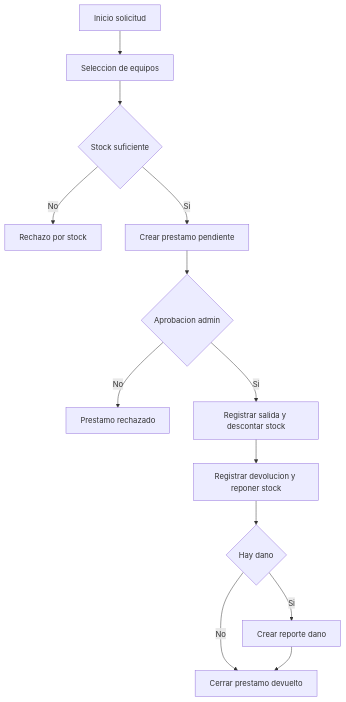
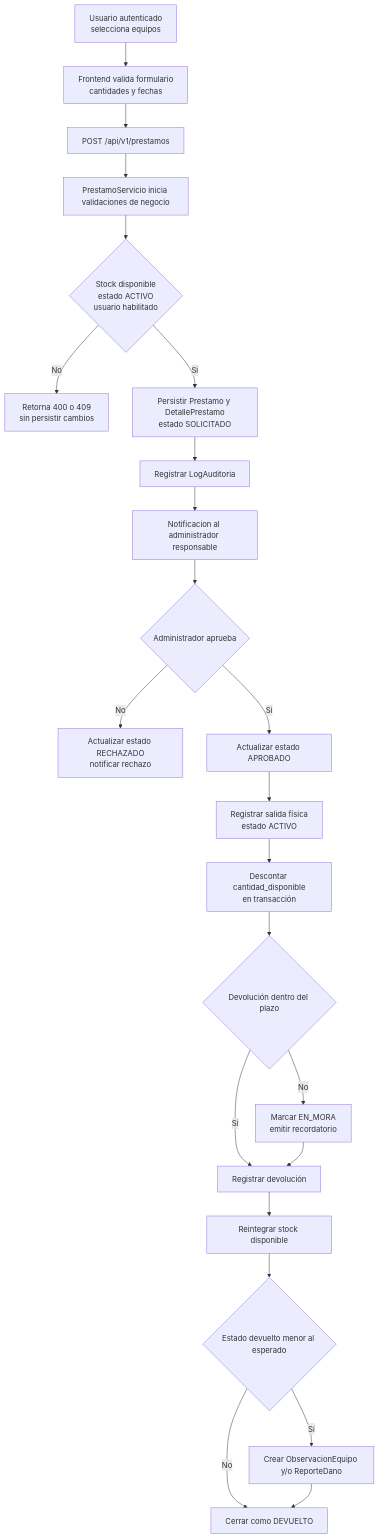
Before and after one commit to camilo146/SIGEA: the fifth of 11 diagrams in docs/sigea-diagramas-fuentes.md, drawn with Mermaid. The commit also changed other lines of this file and 20 other files, not shown here.

````diff
--- a/docs/sigea-diagramas-fuentes.md
+++ b/docs/sigea-diagramas-fuentes.md
@@ -175,15 +431,25 @@
 ```mermaid
 flowchart TD
-    A[Inicio solicitud] --> B[Seleccion de equipos]
-    B --> C{Stock suficiente}
-    C -->|No| D[Rechazo por stock]
-    C -->|Si| E[Crear prestamo pendiente]
-    E --> F{Aprobacion admin}
-    F -->|No| G[Prestamo rechazado]
-    F -->|Si| H[Registrar salida y descontar stock]
-    H --> I[Registrar devolucion y reponer stock]
-    I --> J{Hay dano}
-    J -->|Si| K[Crear reporte dano]
-    J -->|No| L[Cerrar prestamo devuelto]
-    K --> L
+    A[Usuario autenticado<br/>selecciona equipos] --> B[Frontend valida formulario<br/>cantidades y fechas]
+    B --> C[POST /api/v1/prestamos]
+    C --> D[PrestamoServicio inicia validaciones de negocio]
+    D --> E{Stock disponible<br/>estado ACTIVO<br/>usuario habilitado}
+    E -->|No| F[Retorna 400 o 409<br/>sin persistir cambios]
+    E -->|Si| G[Persistir Prestamo y DetallePrestamo<br/>estado SOLICITADO]
+    G --> H[Registrar LogAuditoria]
+    H --> I[Notificacion al administrador responsable]
+    I --> J{Administrador aprueba}
+    J -->|No| K[Actualizar estado RECHAZADO<br/>notificar rechazo]
+    J -->|Si| L[Actualizar estado APROBADO]
+    L --> M[Registrar salida física<br/>estado ACTIVO]
+    M --> N[Descontar cantidad_disponible<br/>en transacción]
+    N --> O{Devolución dentro del plazo}
+    O -->|No| P[Marcar EN_MORA<br/>emitir recordatorio]
+    O -->|Sí| Q[Registrar devolución]
+    P --> Q
+    Q --> R[Reintegrar stock disponible]
+    R --> S{Estado devuelto menor al esperado}
+    S -->|Sí| T[Crear ObservacionEquipo y/o ReporteDano]
+    S -->|No| U[Cerrar como DEVUELTO]
+    T --> U
 ```
````
